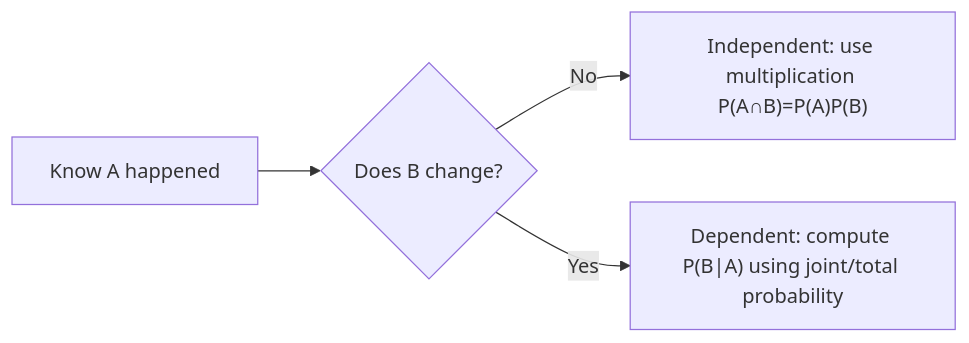
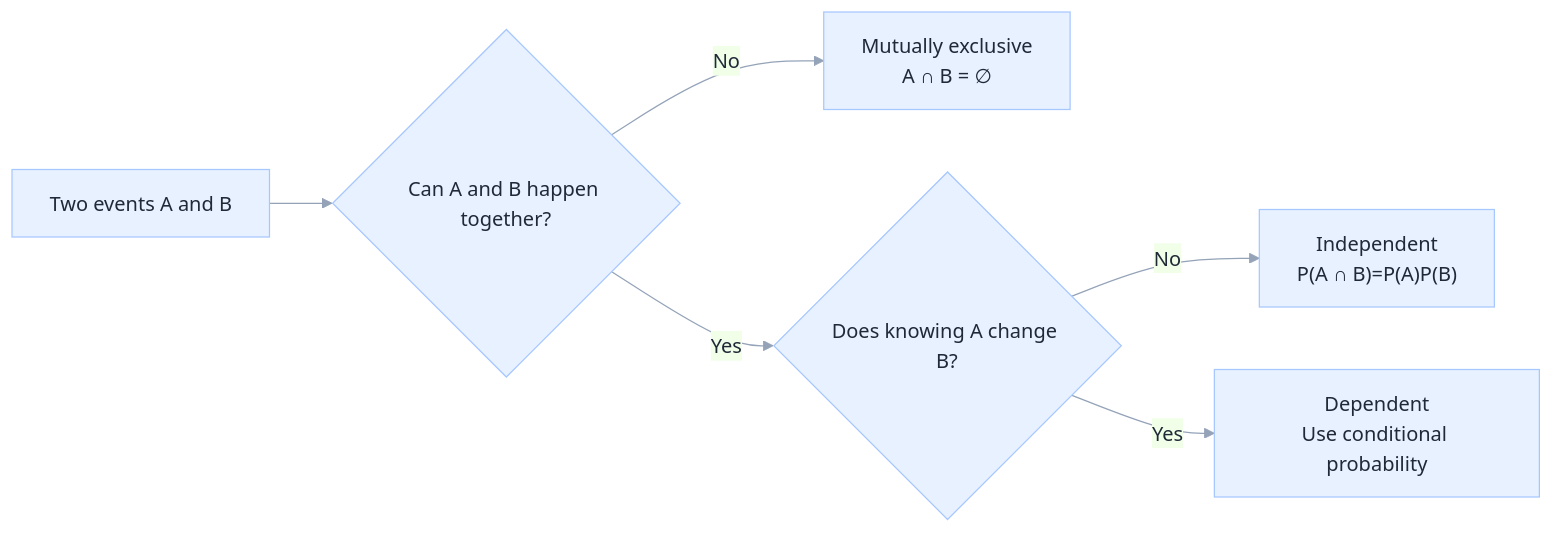
One commit to arshadhs/arshadhs.github.io changed the diagram in content/docs/ai/statistics/conditional-probability/021_conditional_Prob.md. Above: the diagram before and after it, drawn with Mermaid. The commit also changed other lines of this file and 5 other files, not shown here.

```diff
--- a/content/docs/ai/statistics/conditional-probability/021_conditional_Prob.md
+++ b/content/docs/ai/statistics/conditional-probability/021_conditional_Prob.md
@@ -190,6 +175,16 @@
 {{< mermaid >}}
+%%{init: {'theme':'base','themeVariables': {
+  'fontFamily':'Inter, ui-sans-serif, system-ui',
+  'primaryColor':'#E8F1FF',
+  'primaryTextColor':'#1F2937',
+  'primaryBorderColor':'#A7C7FF',
+  'lineColor':'#94A3B8',
+  'tertiaryColor':'#F8FAFC'
+}}}%%
 flowchart LR
-  A["Know A happened"] --> B{"Does B change?"}
-  B -->|No| C["Independent: use multiplication P(A∩B)=P(A)P(B)"]
-  B -->|Yes| D["Dependent: compute P(B|A) using joint/total probability"]
+  A["Two events A and B"] --> Q{"Can A and B happen together?"}
+  Q -->|No| M["Mutually exclusive<br/>A ∩ B = ∅"]
+  Q -->|Yes| R{"Does knowing A change B?"}
+  R -->|No| I["Independent<br/>P(A ∩ B)=P(A)P(B)"]
+  R -->|Yes| D["Dependent<br/>Use conditional probability"]
 {{< /mermaid >}}
```
